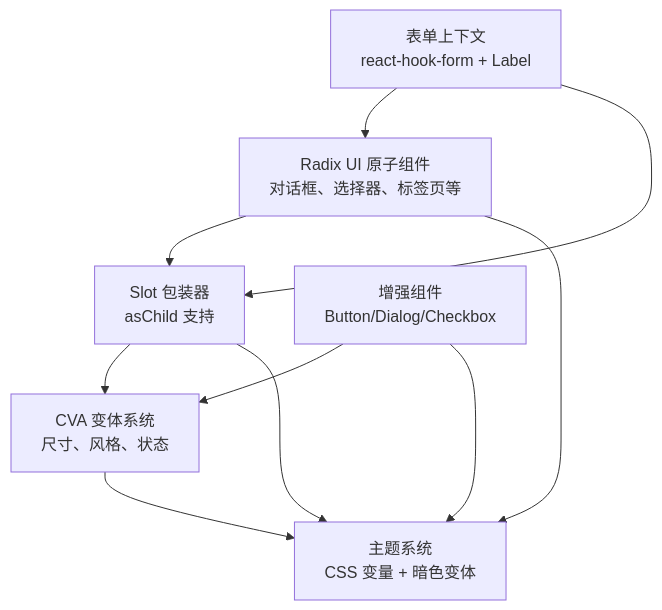
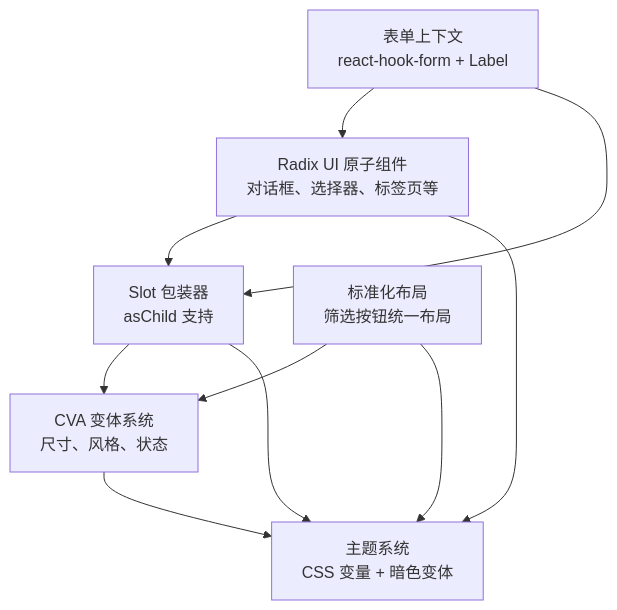
Before and after one commit to chinak/permission_apply: the second of 3 diagrams in .qoder/repowiki/zh/content/UI组件库/UI组件库.md, drawn with Mermaid. The commit also changed other lines of this file and 43 other files, not shown here.

````diff
--- a/.qoder/repowiki/zh/content/UI组件库/UI组件库.md
+++ b/.qoder/repowiki/zh/content/UI组件库/UI组件库.md
@@ -139,18 +138,18 @@
 ```mermaid
 graph TB
 R["Radix UI 原子组件<br/>对话框、选择器、标签页等"]
 CVA["CVA 变体系统<br/>尺寸、风格、状态"]
 SLOT["Slot 包装器<br/>asChild 支持"]
 RFORM["表单上下文<br/>react-hook-form + Label"]
 THEME["主题系统<br/>CSS 变量 + 暗色变体"]
-IMPROVED["增强组件<br/>Button/Dialog/Checkbox"]
+STANDARDIZED["标准化布局<br/>筛选按钮统一布局"]
 R --> SLOT
 SLOT --> CVA
 RFORM --> R
 RFORM --> SLOT
 CVA --> THEME
 SLOT --> THEME
 R --> THEME
-IMPROVED --> CVA
-IMPROVED --> THEME
+STANDARDIZED --> CVA
+STANDARDIZED --> THEME
 ```
````
